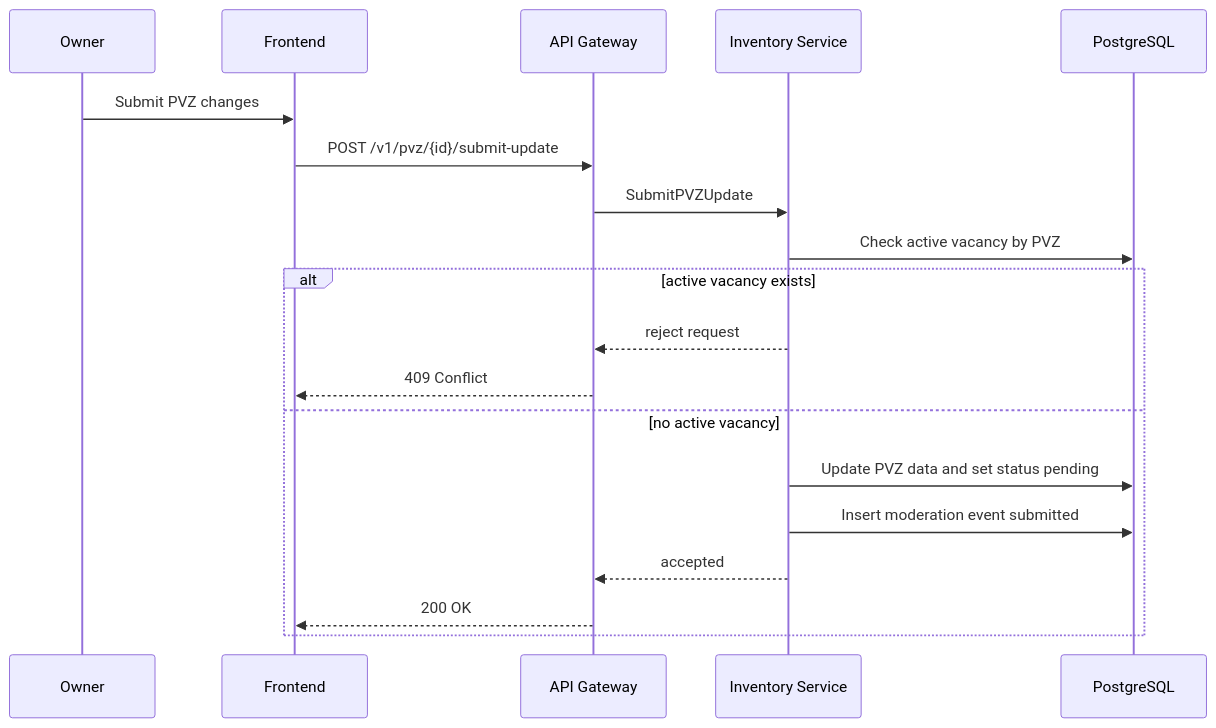
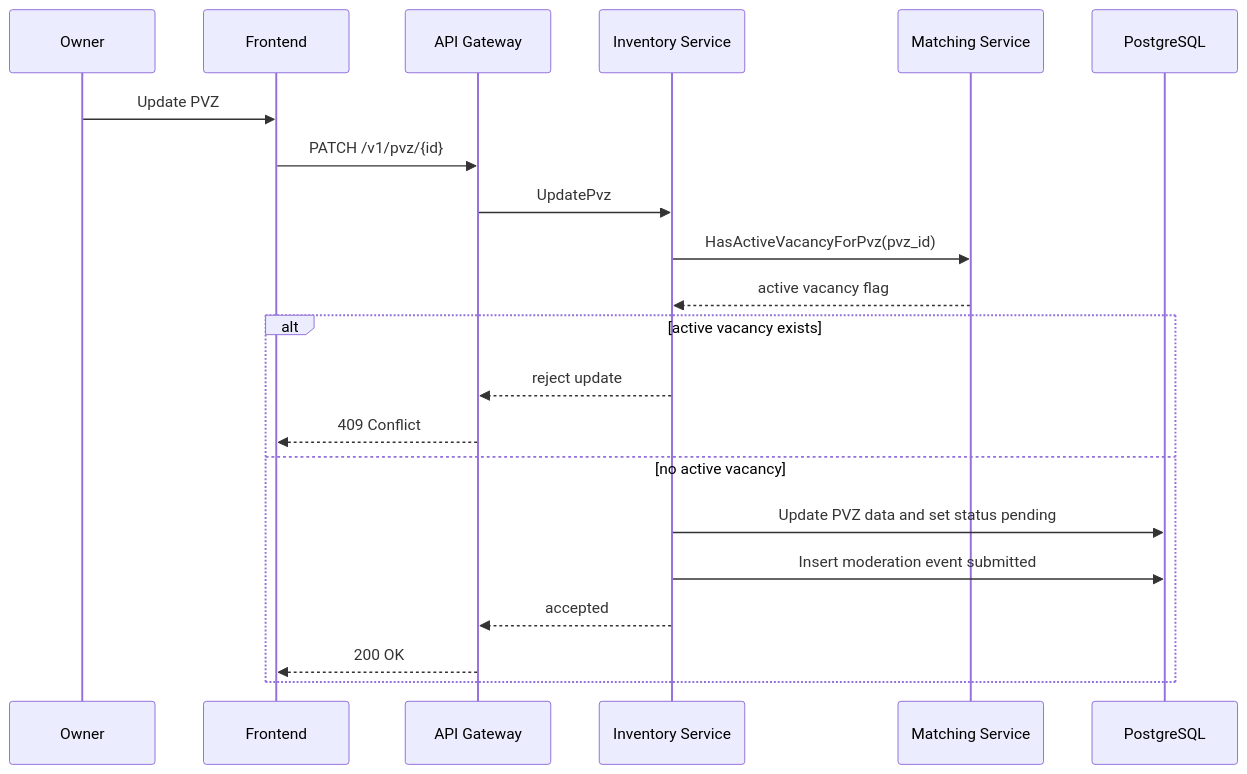
One commit to tmcrypted/berusmenu changed the seventh of 15 diagrams in docs/sequence-diagrams.md. Above: the diagram before and after it, drawn with Mermaid. The commit also changed other lines of this file and 91 other files, not shown here.

````diff
--- a/docs/sequence-diagrams.md
+++ b/docs/sequence-diagrams.md
@@ -149,22 +149,24 @@
 ```mermaid
 sequenceDiagram
     participant Owner
     participant FE as Frontend
     participant GW as API Gateway
     participant INV as Inventory Service
+    participant MATCH as Matching Service
     participant PG as PostgreSQL
 
-    Owner->>FE: Submit PVZ changes
-    FE->>GW: POST /v1/pvz/{id}/submit-update
-    GW->>INV: SubmitPVZUpdate
-    INV->>PG: Check active vacancy by PVZ
+    Owner->>FE: Update PVZ
+    FE->>GW: PATCH /v1/pvz/{id}
+    GW->>INV: UpdatePvz
+    INV->>MATCH: HasActiveVacancyForPvz(pvz_id)
+    MATCH-->>INV: active vacancy flag
     alt active vacancy exists
-        INV-->>GW: reject request
+        INV-->>GW: reject update
         GW-->>FE: 409 Conflict
     else no active vacancy
         INV->>PG: Update PVZ data and set status pending
         INV->>PG: Insert moderation event submitted
         INV-->>GW: accepted
         GW-->>FE: 200 OK
     end
 ```
````
